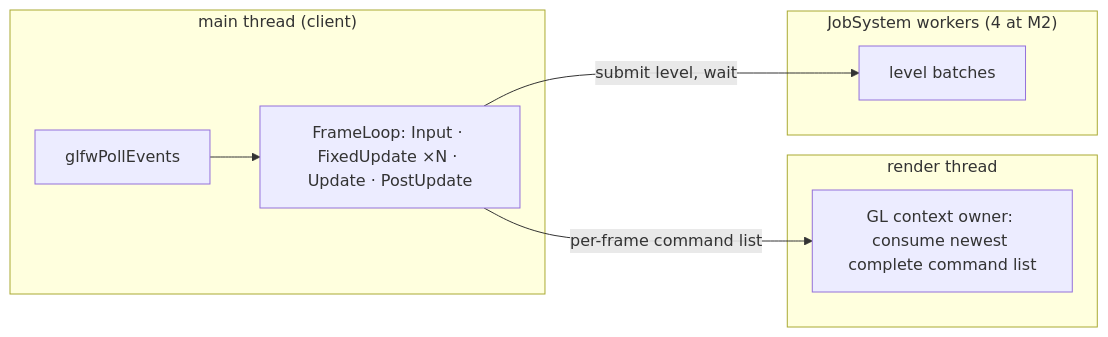
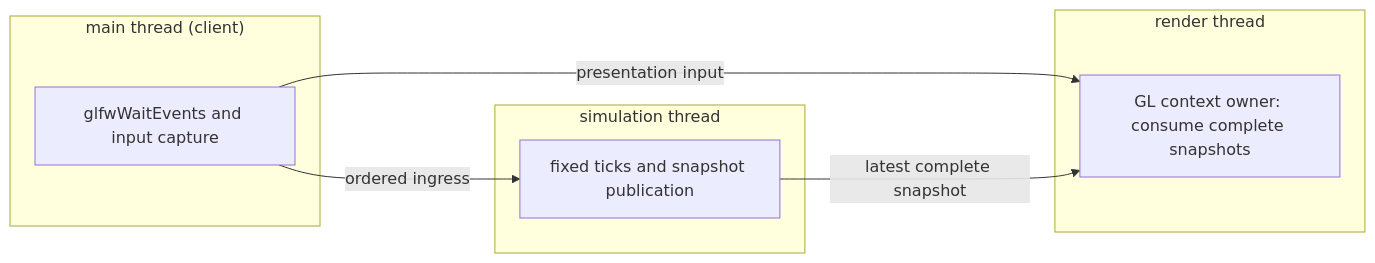
One commit to techattackteam/TechEngine-vault changed the diagram in 04 Design Docs/Systems/Concurrency — Design.md. Above: the diagram before and after it, drawn with Mermaid. The commit also changed other lines of this file and 23 other files, not shown here.

````diff
--- a/04 Design Docs/Systems/Concurrency — Design.md
+++ b/04 Design Docs/Systems/Concurrency — Design.md
@@ -45,14 +45,15 @@
 ```mermaid
 flowchart LR
   subgraph main["main thread (client)"]
-    PUMP["glfwPollEvents"] --> LOOP["FrameLoop: Input · FixedUpdate ×N · Update · PostUpdate"]
+    PUMP["glfwWaitEvents and input capture"]
+  end
+  subgraph sim["simulation thread"]
+    TICK["fixed ticks and snapshot publication"]
   end
   subgraph rt["render thread"]
-    GL["GL context owner: consume newest complete command list"]
+    GL["GL context owner: consume complete snapshots"]
   end
-  subgraph pool["JobSystem workers (4 at M2)"]
-    W["level batches"]
-  end
-  LOOP -->|"per-frame command list"| GL
-  LOOP -->|"submit level, wait"| W
+  PUMP -->|"ordered ingress"| TICK
+  PUMP -->|"presentation input"| GL
+  TICK -->|"latest complete snapshot"| GL
 ```
````
